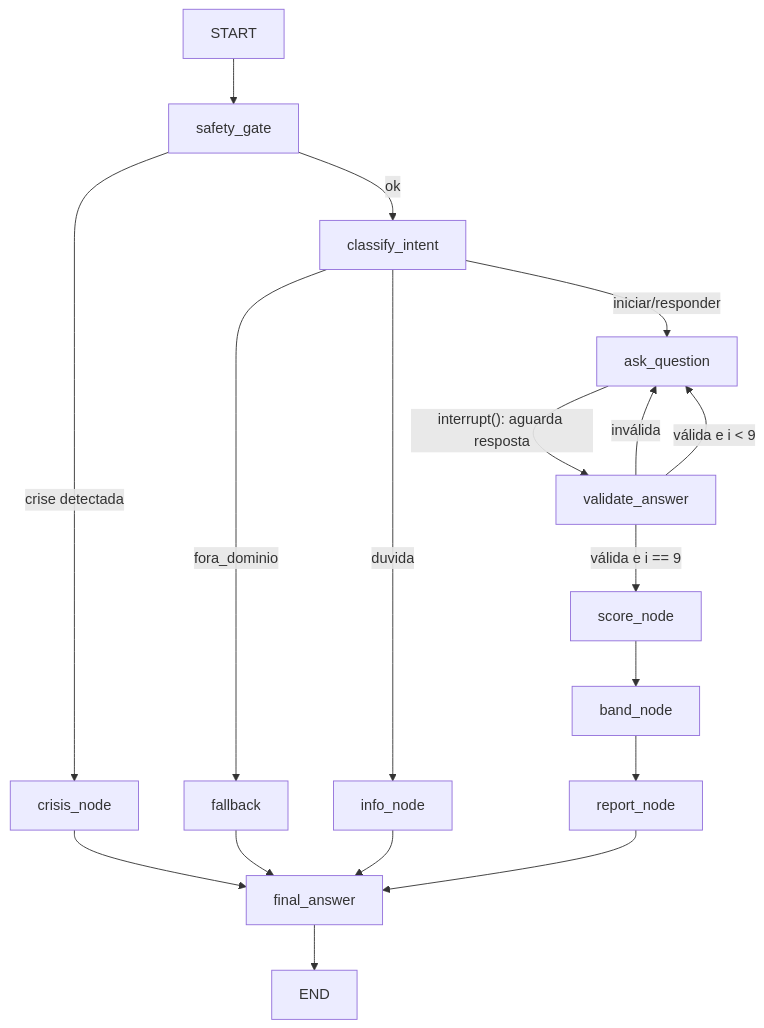
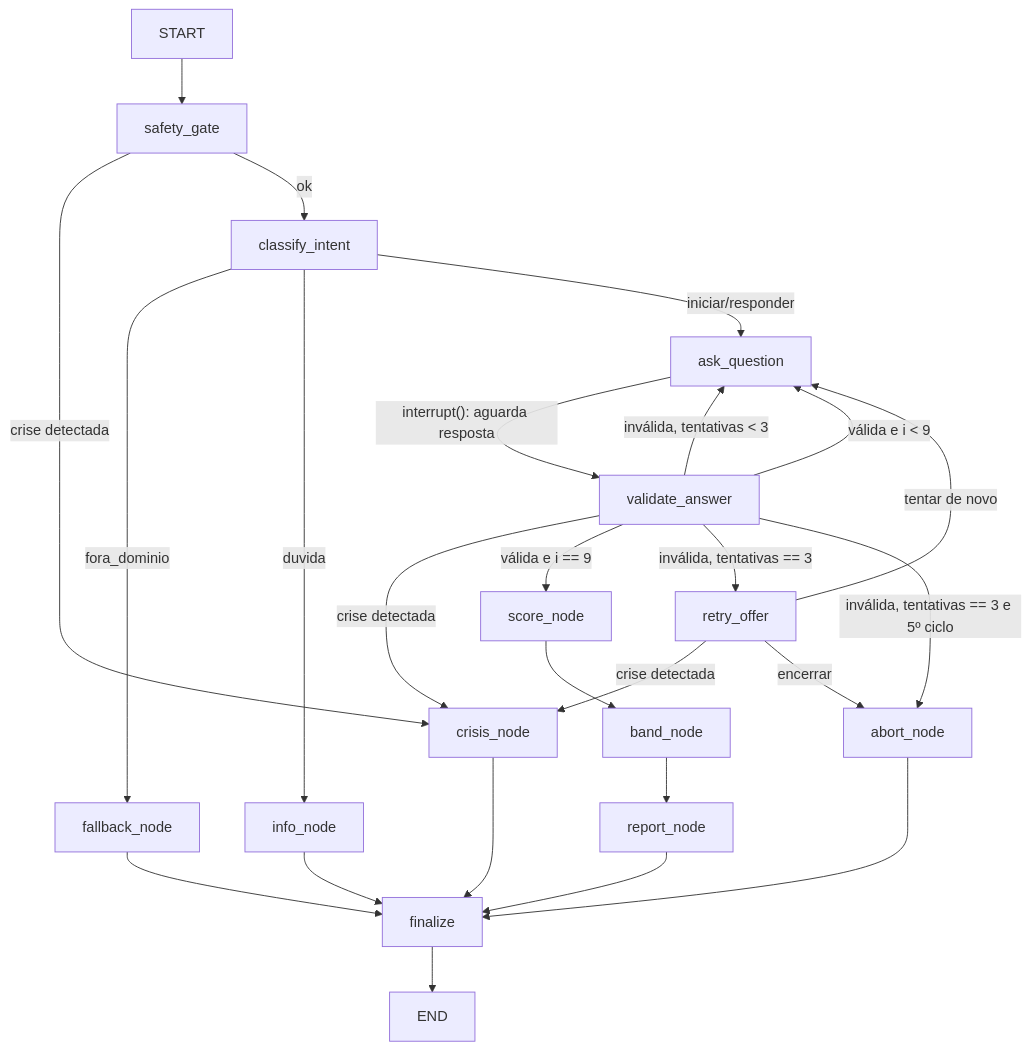
The diagram in README.md (ernestodeoliveira/jogo-limpo-triagem), drawn with Mermaid before and after one commit. The commit also changed other lines of this file and 14 other files, not shown here.

````diff
--- a/README.md
+++ b/README.md
@@ -26,14 +26,22 @@
 ```mermaid
 flowchart TD
     START --> safety_gate
-    safety_gate -- crise detectada --> crisis_node --> final_answer --> END
+    safety_gate -- crise detectada --> crisis_node --> finalize
     safety_gate -- ok --> classify_intent
-    classify_intent -- fora_dominio --> fallback --> final_answer
-    classify_intent -- duvida --> info_node --> final_answer
+    classify_intent -- fora_dominio --> fallback_node --> finalize
+    classify_intent -- duvida --> info_node --> finalize
     classify_intent -- iniciar/responder --> ask_question
     ask_question -- "interrupt(): aguarda resposta" --> validate_answer
-    validate_answer -- inválida --> ask_question
+    validate_answer -- crise detectada --> crisis_node
+    validate_answer -- inválida, tentativas < 3 --> ask_question
     validate_answer -- válida e i < 9 --> ask_question
     validate_answer -- válida e i == 9 --> score_node
-    score_node --> band_node --> report_node --> final_answer
+    validate_answer -- inválida, tentativas == 3 --> retry_offer
+    validate_answer -- inválida, tentativas == 3 e 5º ciclo --> abort_node
+    retry_offer -- crise detectada --> crisis_node
+    retry_offer -- tentar de novo --> ask_question
+    retry_offer -- encerrar --> abort_node
+    abort_node --> finalize
+    score_node --> band_node --> report_node --> finalize
+    finalize --> END
 ```
````
